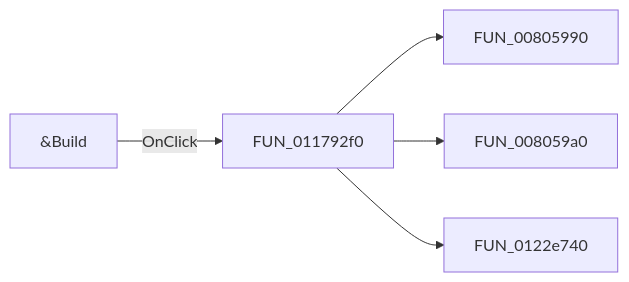
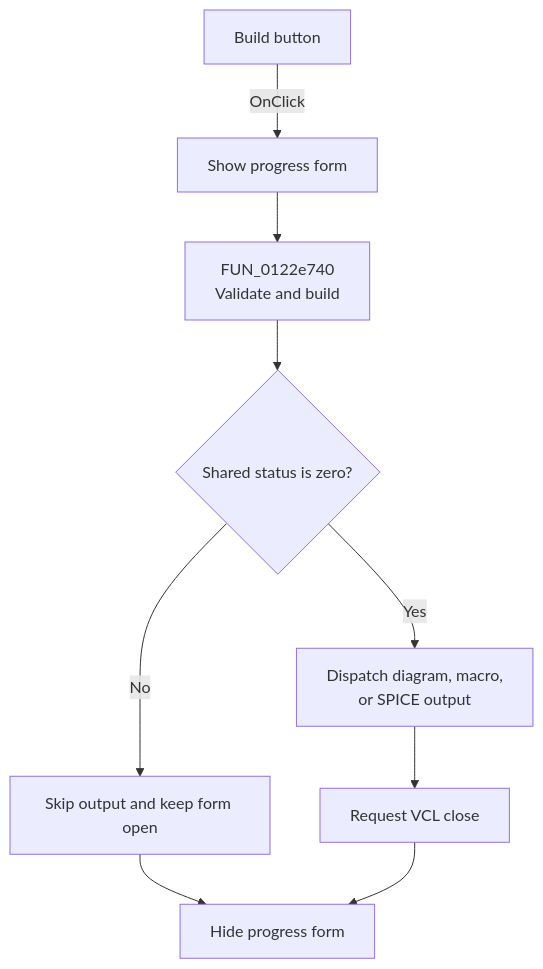
Before and after one commit to MovGP0/TIARA: the diagram in docs/ui-controls/response-form1/buildbitbtn2-0f4c85b9ca.md, drawn with Mermaid. The commit also changed other lines of this file and 1062 other files, not shown here.

````diff
--- a/docs/ui-controls/response-form1/buildbitbtn2-0f4c85b9ca.md
+++ b/docs/ui-controls/response-form1/buildbitbtn2-0f4c85b9ca.md
@@ -27,7 +29,11 @@
 ```mermaid
-flowchart LR
-    control["&Build"] -->|OnClick| handler["FUN_011792f0"]
-    handler --> call1["FUN_00805990"]
-    handler --> call2["FUN_008059a0"]
-    handler --> call3["FUN_0122e740"]
+flowchart TD
+    control["Build button"] -->|OnClick| show["Show progress form"]
+    show --> build["FUN_0122e740<br/>Validate and build"]
+    build --> ok{"Shared status is zero?"}
+    ok -->|No| stop["Skip output and keep form open"]
+    ok -->|Yes| output["Dispatch diagram, macro,<br/>or SPICE output"]
+    output --> close["Request VCL close"]
+    stop --> hide["Hide progress form"]
+    close --> hide
 ```
````
